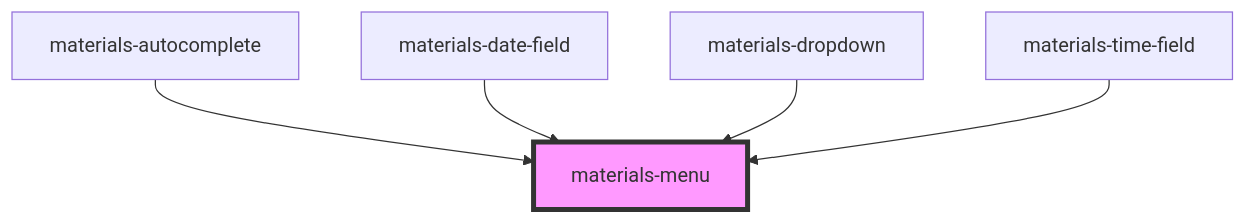
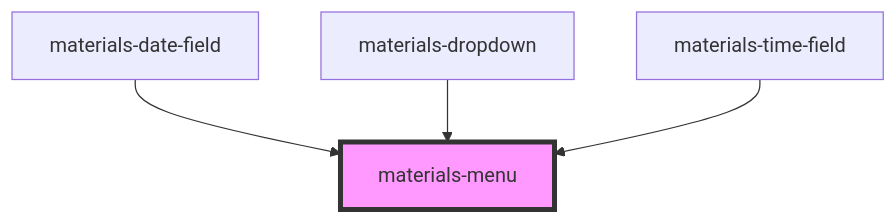
Before and after one commit to GMV-centravet/materials-elements: the diagram in packages/materials/src/components/menu/readme.md, drawn with Mermaid. The commit also changed other lines of this file and 16 other files, not shown here.

````diff
--- a/packages/materials/src/components/menu/readme.md
+++ b/packages/materials/src/components/menu/readme.md
@@ -79,8 +78,7 @@
 ```mermaid
 graph TD;
-  materials-autocomplete --> materials-menu
   materials-date-field --> materials-menu
   materials-dropdown --> materials-menu
   materials-time-field --> materials-menu
   style materials-menu fill:#f9f,stroke:#333,stroke-width:4px
 ```
````
